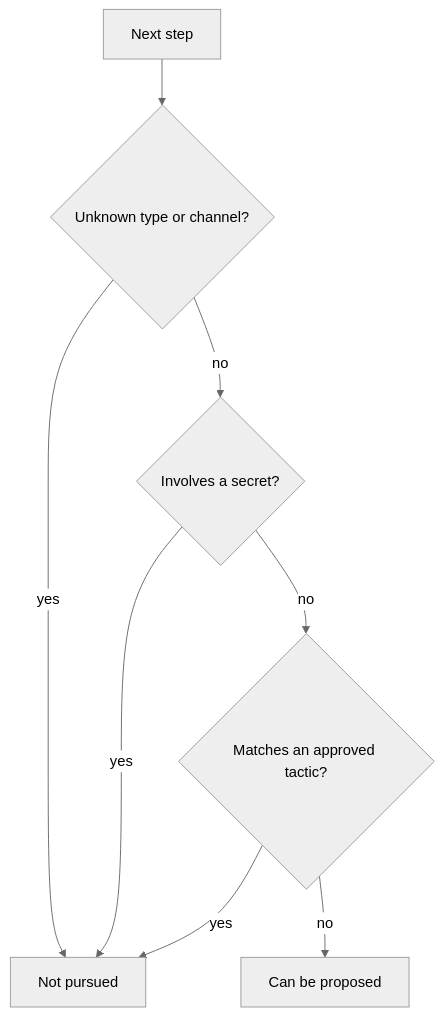
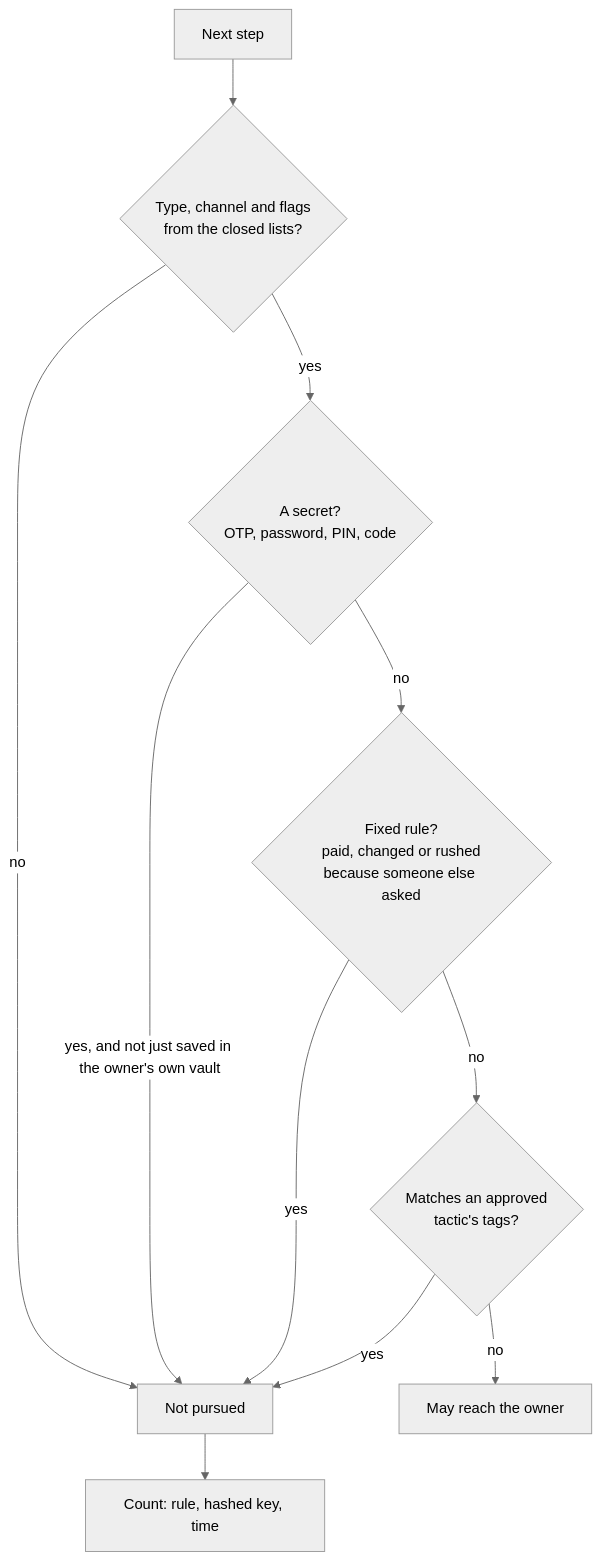
Before and after one commit to sachiachar/anvaya: the third of 3 diagrams in docs/proposals/listening.md, drawn with Mermaid (neutral theme). The commit also changed other lines of this file, not shown here.

````diff
--- a/docs/proposals/listening.md
+++ b/docs/proposals/listening.md
@@ -120,10 +129,13 @@
 ```mermaid
 flowchart TD
-    S[Next step] --> A{Unknown type or channel?}
-    A -- yes --> N[Not pursued]
-    A -- no --> B{Involves a secret?}
-    B -- yes --> N
-    B -- no --> C{Matches an approved tactic?}
-    C -- yes --> N
-    C -- no --> P[Can be proposed]
+  S[Next step] --> U{Type, channel and flags<br/>from the closed lists?}
+  U -- no --> X[Not pursued]
+  U -- yes --> P{A secret?<br/>OTP, password, PIN, code}
+  P -- "yes, and not just saved in the owner's own vault" --> X
+  P -- no --> R{Fixed rule?<br/>paid, changed or rushed<br/>because someone else asked}
+  R -- yes --> X
+  R -- no --> T{Matches an approved<br/>tactic's tags?}
+  T -- yes --> X
+  T -- no --> OK[May reach the owner]
+  X --> C[Count: rule, hashed key, time]
 ```
````
